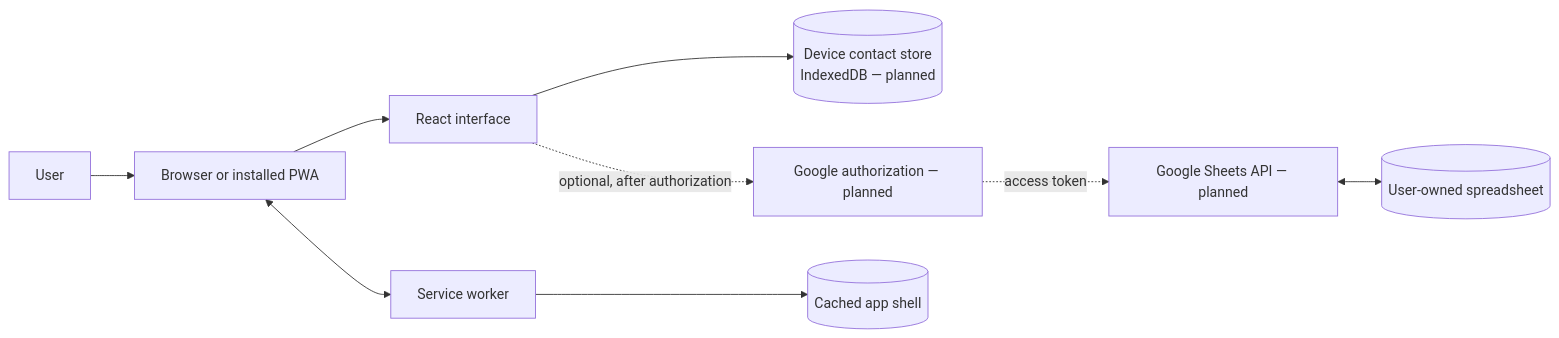
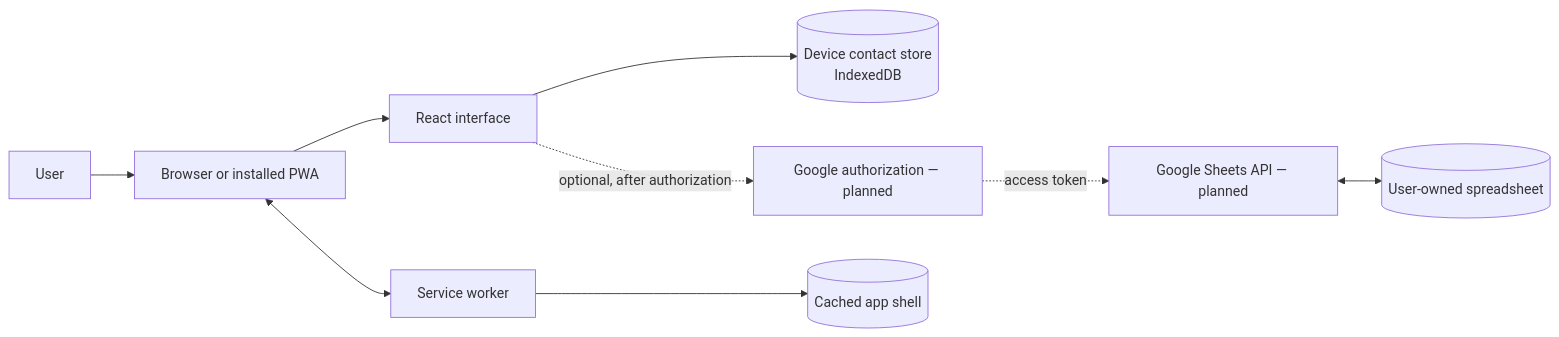
Before and after one commit to Pujith-M/Samparka: the first of 2 diagrams in README.md, drawn with Mermaid. The commit also changed other lines of this file, not shown here.

Commit message:
Update contact storage project status

````diff
--- a/README.md
+++ b/README.md
@@ -33,11 +33,11 @@
 ```mermaid
 flowchart LR
     Person[User] --> Browser[Browser or installed PWA]
     Browser --> UI[React interface]
-    UI --> Local[(Device contact store<br/>IndexedDB — planned)]
+    UI --> Local[(Device contact store<br/>IndexedDB)]
     SW[Service worker] --> Cache[(Cached app shell)]
     Browser <--> SW
     UI -. optional, after authorization .-> Auth[Google authorization — planned]
     Auth -. access token .-> Sheets[Google Sheets API — planned]
     Sheets <--> Book[(User-owned spreadsheet)]
 ```
````
